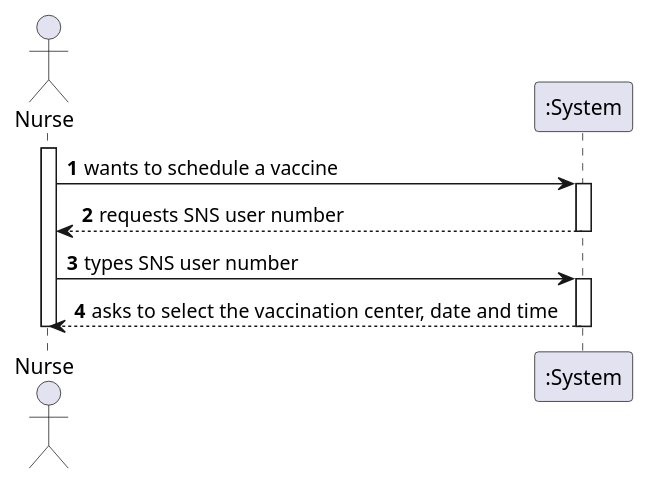
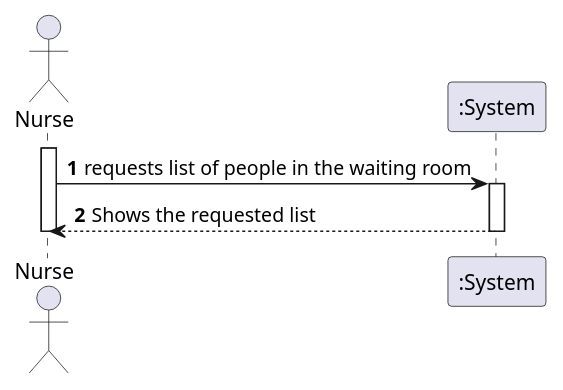
The diagram in docs/SprintC/US5/US5_SSD.puml (diogonapoles/isep-lapr2), drawn with PlantUML before and after one commit. The commit also changed 3 other files, not shown here.

```diff
--- a/docs/SprintC/US5/US5_SSD.puml
+++ b/docs/SprintC/US5/US5_SSD.puml
@@ -1,22 +1,19 @@
 @startuml
 'https://plantuml.com/sequence-diagram
 
 autonumber
 
 actor "Nurse" as Nurse
 
 activate Nurse
-Nurse -> ":System" : wants to schedule a vaccine
+Nurse -> ":System" : requests list of people in the waiting room
 activate ":System"
-":System" --> Nurse : requests SNS user number
+":System" --> Nurse : Shows the requested list
 deactivate ":System"
 
-Nurse -> ":System" : types SNS user number
-activate ":System"
-":System" --> Nurse : asks to select the vaccination center, date and time
-deactivate ":System"
+
 
 
 
 deactivate Nurse
 @enduml
```
